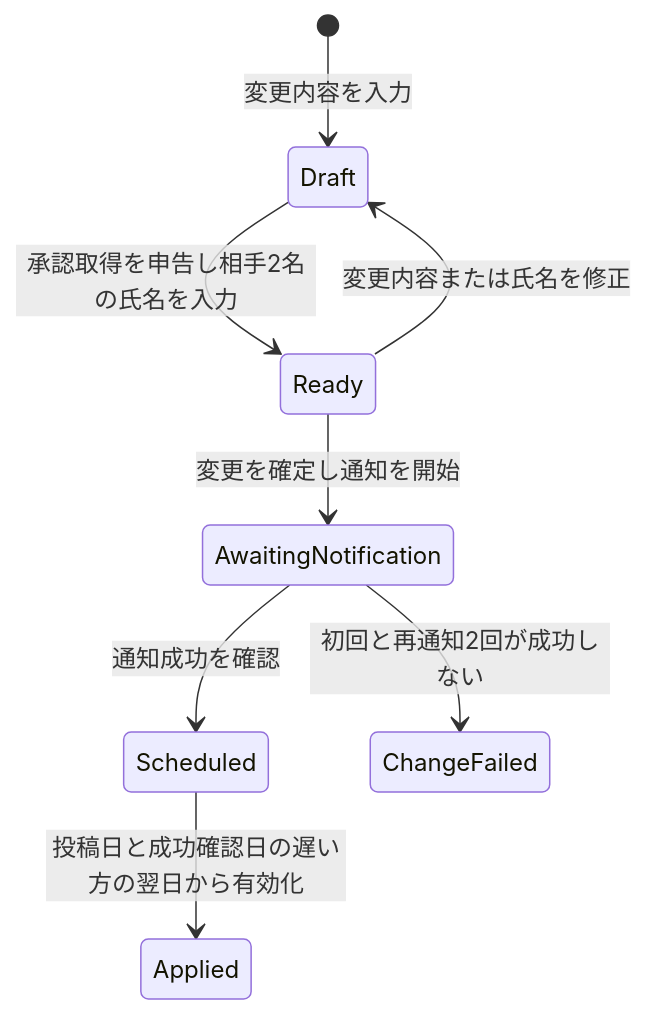
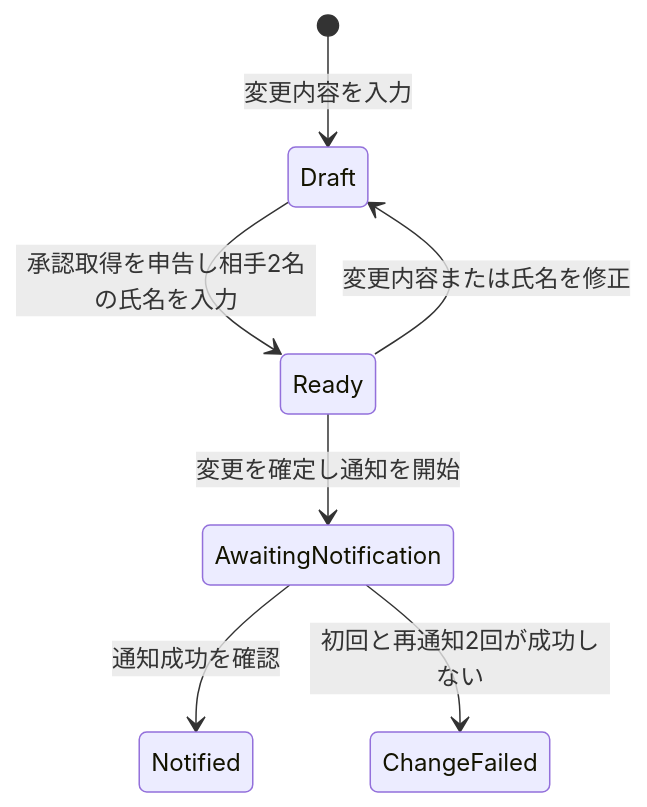
One commit to nto300002/kiiya-cleaning-checker changed the third of 4 diagrams in docs/state-transitions.md. Above: the diagram before and after it, drawn with Mermaid. The commit also changed other lines of this file and 12 other files, not shown here.

````diff
--- a/docs/state-transitions.md
+++ b/docs/state-transitions.md
@@ -114,10 +115,9 @@
 ```mermaid
 stateDiagram-v2
     [*] --> Draft: 変更内容を入力
     Draft --> Ready: 承認取得を申告し相手2名の氏名を入力
     Ready --> Draft: 変更内容または氏名を修正
     Ready --> AwaitingNotification: 変更を確定し通知を開始
-    AwaitingNotification --> Scheduled: 通知成功を確認
+    AwaitingNotification --> Notified: 通知成功を確認
     AwaitingNotification --> ChangeFailed: 初回と再通知2回が成功しない
-    Scheduled --> Applied: 投稿日と成功確認日の遅い方の翌日から有効化
 ```
````
